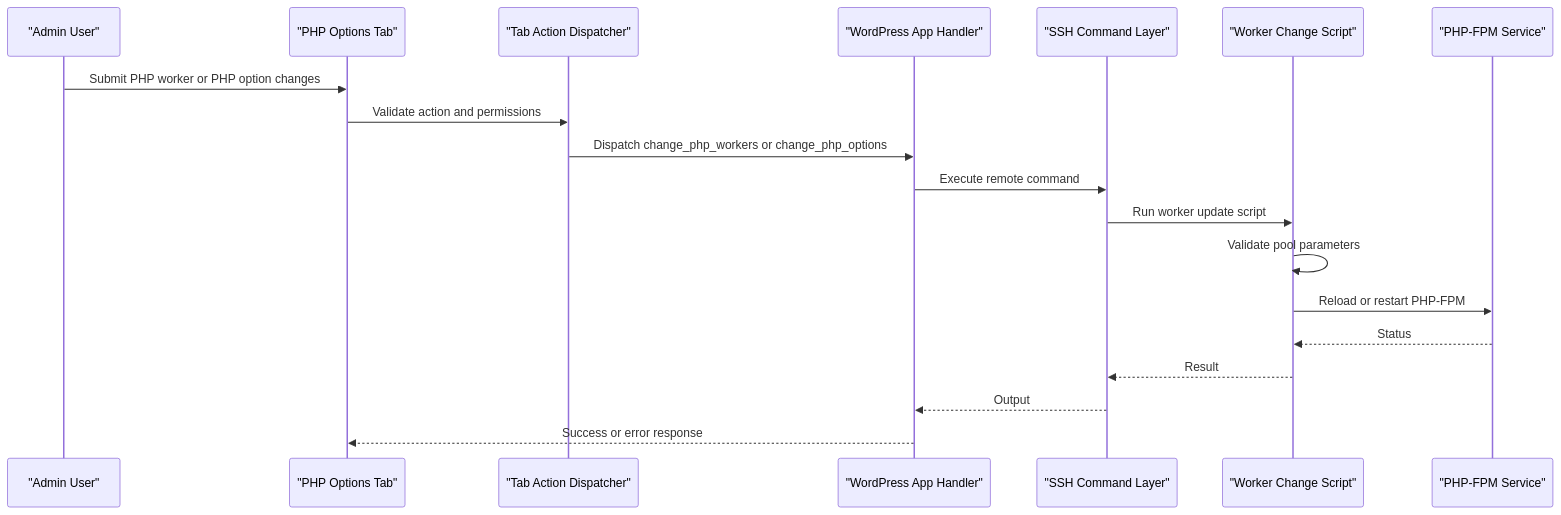
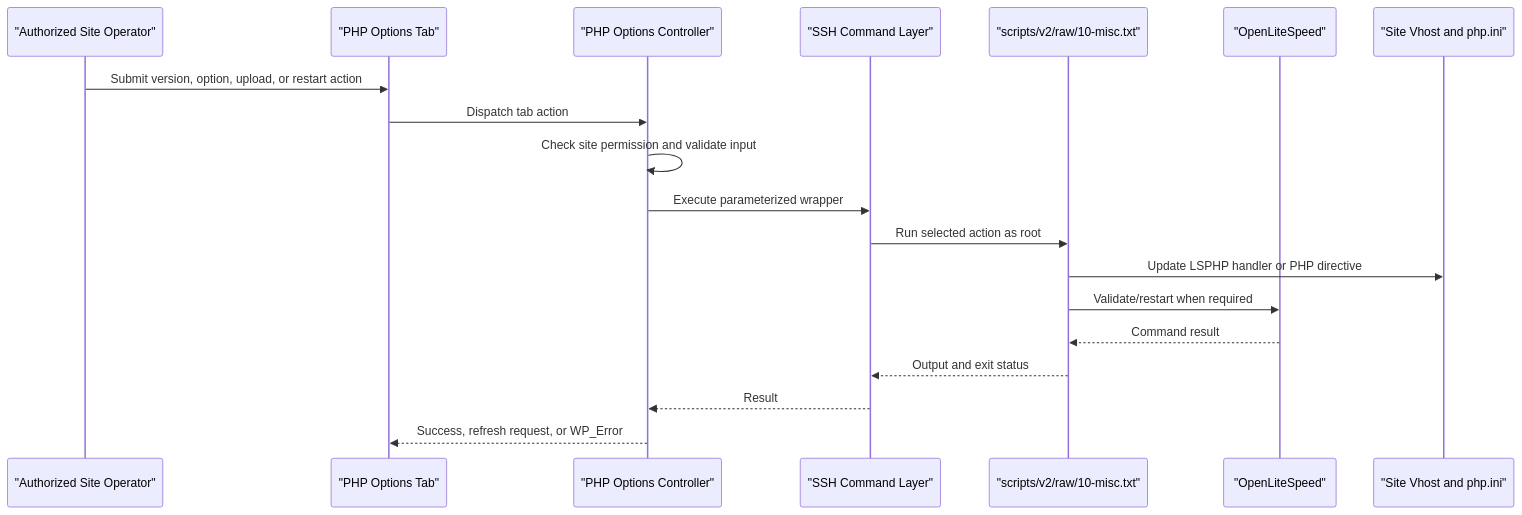
The second of 4 diagrams in .qoder/repowiki/en/content/Operational Tools/Performance Optimization Tools/PHP Performance Tuning.md (onedogsolutions/simple-stack), drawn with Mermaid before and after one commit. The commit also changed other lines of this file and 5941 other files, not shown here.

````diff
--- a/.qoder/repowiki/en/content/Operational Tools/Performance Optimization Tools/PHP Performance Tuning.md
+++ b/.qoder/repowiki/en/content/Operational Tools/Performance Optimization Tools/PHP Performance Tuning.md
@@ -102,21 +133,22 @@
 ```mermaid
 sequenceDiagram
-participant User as "Admin User"
-participant UI as "PHP Options Tab"
-participant Action as "Tab Action Dispatcher"
-participant App as "WordPress App Handler"
-participant SSH as "SSH Command Layer"
-participant Script as "Worker Change Script"
-participant FPM as "PHP-FPM Service"
-User->>UI : Submit PHP worker or PHP option changes
-UI->>Action : Validate action and permissions
-Action->>App : Dispatch change_php_workers or change_php_options
-App->>SSH : Execute remote command
-SSH->>Script : Run worker update script
-Script->>Script : Validate pool parameters
-Script->>FPM : Reload or restart PHP-FPM
-FPM-->>Script : Status
-Script-->>SSH : Result
-SSH-->>App : Output
-App-->>UI : Success or error response
+    participant User as "Authorized Site Operator"
+    participant UI as "PHP Options Tab"
+    participant PHP as "PHP Options Controller"
+    participant SSH as "SSH Command Layer"
+    participant Script as "scripts/v2/raw/10-misc.txt"
+    participant OLS as "OpenLiteSpeed"
+    participant Vhost as "Site Vhost and php.ini"
+
+    User->>UI : Submit version, option, upload, or restart action
+    UI->>PHP : Dispatch tab action
+    PHP->>PHP : Check site permission and validate input
+    PHP->>SSH : Execute parameterized wrapper
+    SSH->>Script : Run selected action as root
+    Script->>Vhost : Update LSPHP handler or PHP directive
+    Script->>OLS : Validate/restart when required
+    OLS-->>Script : Command result
+    Script-->>SSH : Output and exit status
+    SSH-->>PHP : Result
+    PHP-->>UI : Success, refresh request, or WP_Error
 ```
````
